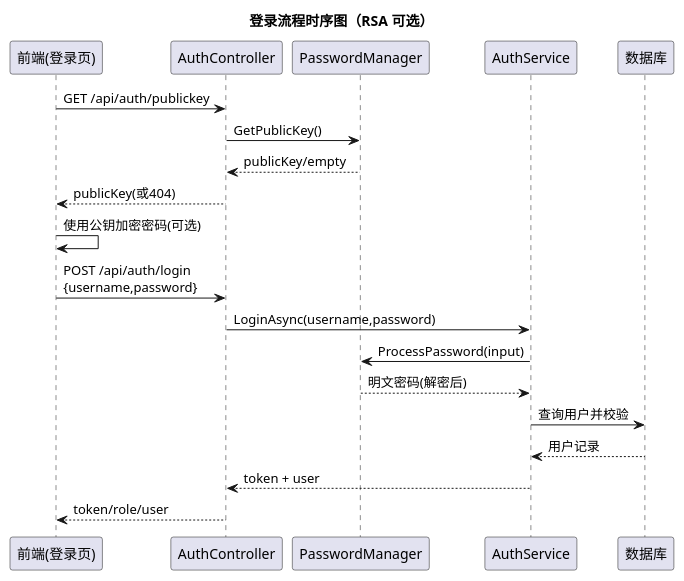
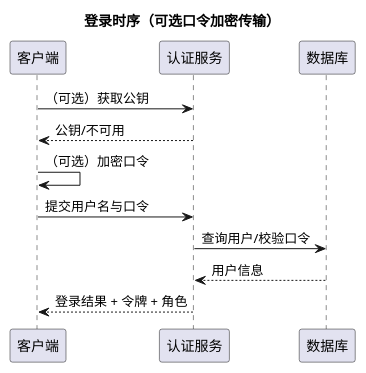
Before and after one commit to WangWindow/Velum: the fifth of 7 diagrams in docs/3.md, drawn with PlantUML. The commit also changed other lines of this file and 5 other files, not shown here.

````diff
--- a/docs/3.md
+++ b/docs/3.md
@@ -206,27 +206,19 @@
 ```plantuml
 @startuml
-title 登录流程时序图（RSA 可选）
+title 登录时序（可选口令加密传输）
 
-participant "前端(登录页)" as FE
-participant "AuthController" as Auth
-participant "PasswordManager" as PM
-participant "AuthService" as AS
+participant "客户端" as C
+participant "认证服务" as Auth
 participant "数据库" as DB
 
-FE -> Auth : GET /api/auth/publickey
-Auth -> PM : GetPublicKey()
-PM --> Auth : publicKey/empty
-Auth --> FE : publicKey(或404)
+C -> Auth : （可选）获取公钥
+Auth --> C : 公钥/不可用
 
-FE -> FE : 使用公钥加密密码(可选)
-FE -> Auth : POST /api/auth/login\n{username,password}
-Auth -> AS : LoginAsync(username,password)
-AS -> PM : ProcessPassword(input)
-PM --> AS : 明文密码(解密后)
-AS -> DB : 查询用户并校验
-DB --> AS : 用户记录
-AS --> Auth : token + user
-Auth --> FE : token/role/user
+C -> C : （可选）加密口令
+C -> Auth : 提交用户名与口令
+Auth -> DB : 查询用户/校验口令
+DB --> Auth : 用户信息
+Auth --> C : 登录结果 + 令牌 + 角色
 
 @enduml
 ```
````
